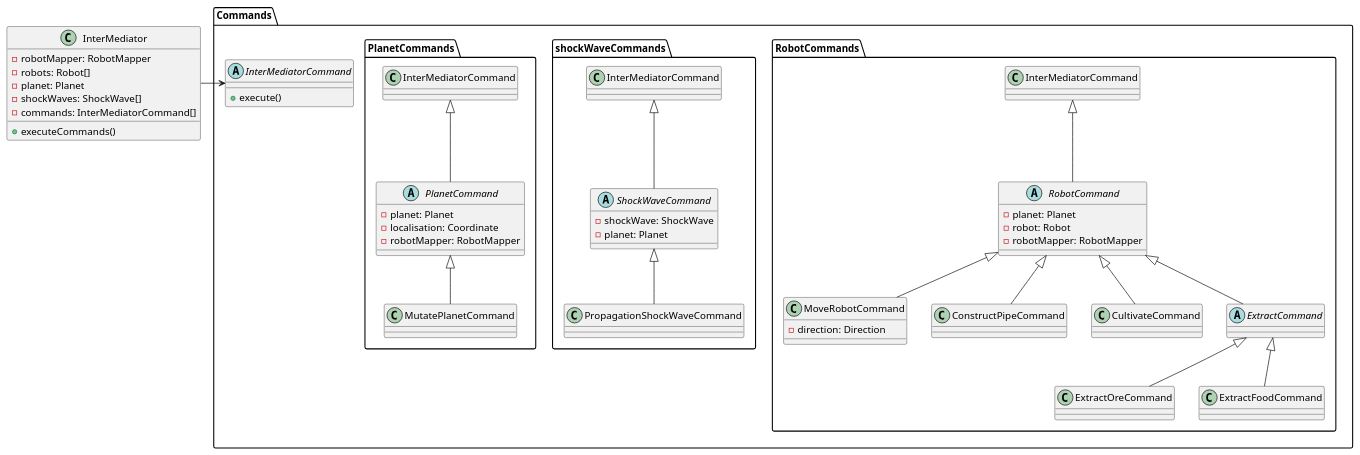
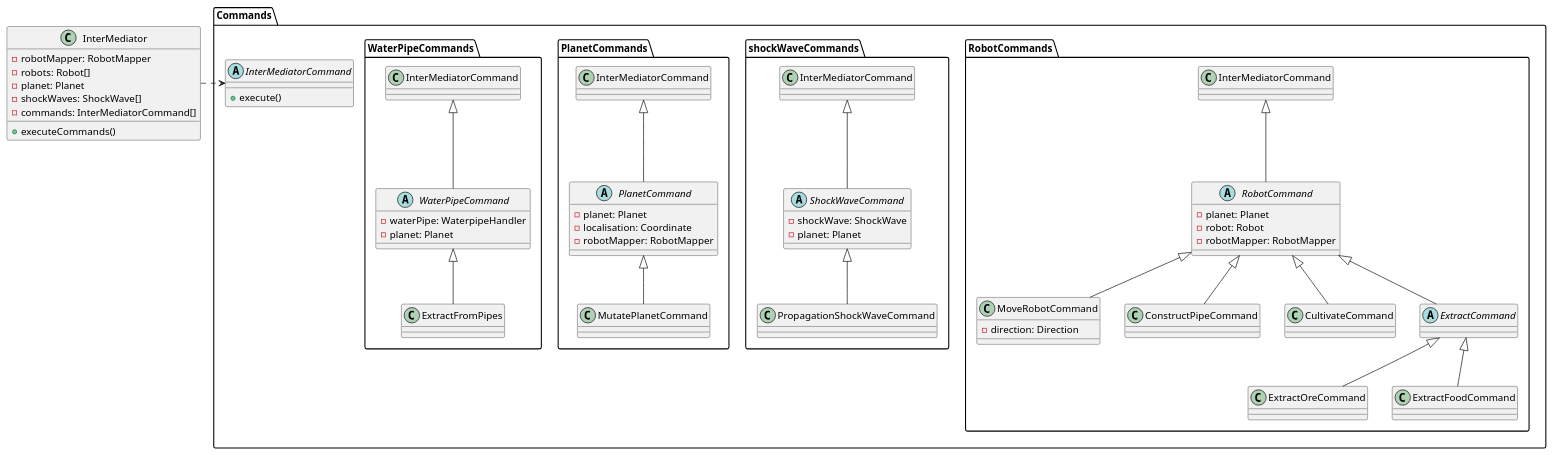
The diagram in uml/class diagram/model/commands/Intermediator-commands.puml (LEBOCQTitouan/ia-ensicaen-colonisation), drawn with PlantUML before and after one commit. The commit also changed 4 other files, not shown here.

```diff
--- a/uml/class diagram/model/commands/Intermediator-commands.puml
+++ b/uml/class diagram/model/commands/Intermediator-commands.puml
@@ -1,61 +1,70 @@
 @startuml
 'https://plantuml.com/class-diagram
 
 class InterMediator {
     -robotMapper: RobotMapper
     -robots: Robot[]
     -planet: Planet
     -shockWaves: ShockWave[]
     -commands: InterMediatorCommand[]
     +executeCommands()
 }
 
 
 package Commands {
     abstract class InterMediatorCommand {
         +execute()
     }
 
-    InterMediator -> InterMediatorCommand
+    InterMediator .> InterMediatorCommand
 
     package RobotCommands {
         abstract class RobotCommand extends InterMediatorCommand {
             -planet: Planet
             -robot: Robot
             -robotMapper: RobotMapper
         }
 
         class MoveRobotCommand extends RobotCommand {
             -direction: Direction
         }
 
         class ConstructPipeCommand extends RobotCommand {}
         class CultivateCommand extends RobotCommand {}
 
         abstract class ExtractCommand extends RobotCommand {}
 
         class ExtractOreCommand extends ExtractCommand {}
         class ExtractFoodCommand extends ExtractCommand {}
     }
 
     package shockWaveCommands {
         abstract class ShockWaveCommand extends InterMediatorCommand {
             -shockWave: ShockWave
             -planet: Planet
         }
 
         class PropagationShockWaveCommand extends ShockWaveCommand {}
     }
 
     package PlanetCommands {
         abstract class PlanetCommand extends InterMediatorCommand {
             -planet: Planet
             -localisation: Coordinate
             -robotMapper: RobotMapper
         }
 
         class MutatePlanetCommand extends PlanetCommand {}
     }
+
+    package WaterPipeCommands {
+        abstract class WaterPipeCommand extends InterMediatorCommand {
+            -waterPipe: WaterpipeHandler
+            -planet: Planet
+        }
+
+        class ExtractFromPipes extends WaterPipeCommand {}
+    }
 }
 
 @enduml
```
